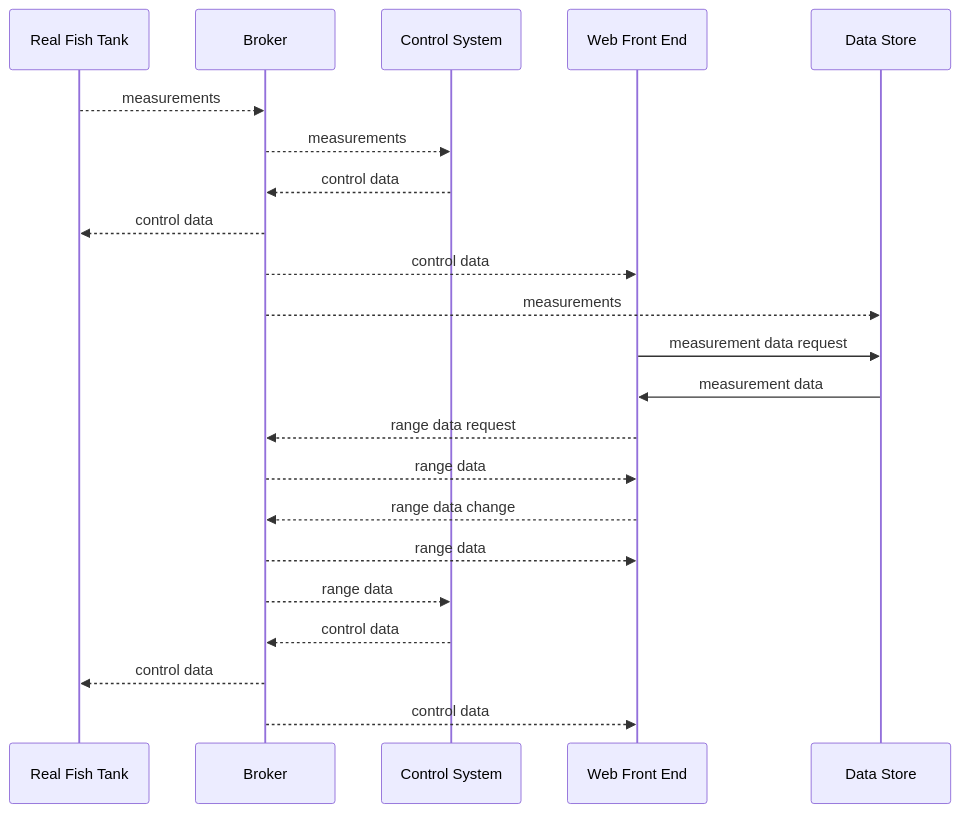
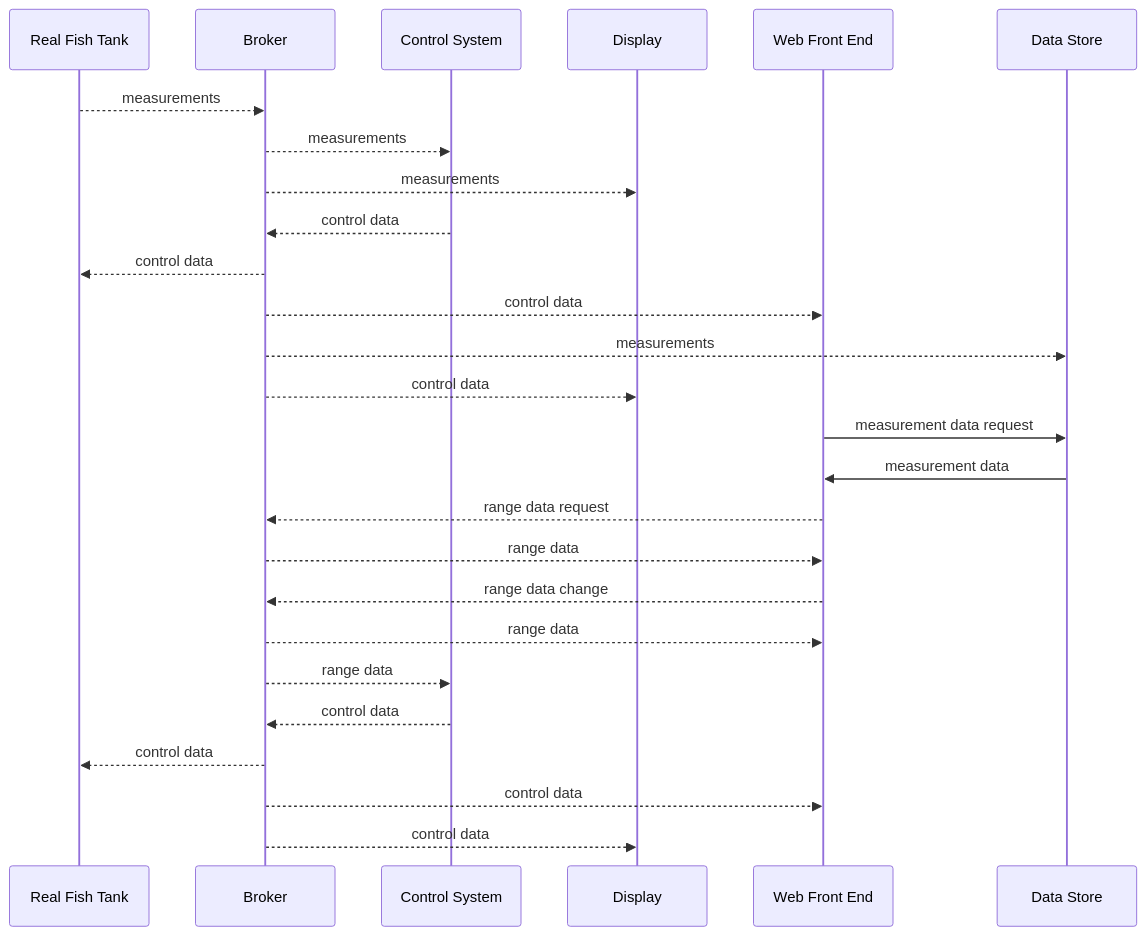
The diagram in Projects - Demo Project/Ideas around MQTT.md (mr-eggleton/obsidian-notes), drawn with Mermaid before and after one commit. The commit also changed other lines of this file and 1 other file, not shown here.

Commit message:
vault backup: 2025-07-08 11:12:45

````diff
--- a/Projects - Demo Project/Ideas around MQTT.md
+++ b/Projects - Demo Project/Ideas around MQTT.md
@@ -3,19 +3,22 @@
 ```mermaid
 sequenceDiagram
 Real Fish Tank -->> Broker: measurements
 Broker-->>Control System : measurements
+Broker-->>Display : measurements
 Control System-->>Broker : control data
 Broker-->>Real Fish Tank: control data
 Broker-->>Web Front End: control data
 Broker-->>Data Store: measurements
+Broker-->>Display: control data
 Web Front End->>Data Store: measurement data request
 Data Store->>Web Front End: measurement data
 Web Front End-->>Broker: range data request
 Broker-->>Web Front End: range data
 Web Front End-->>Broker: range data change
 Broker-->>Web Front End: range data
 Broker-->>Control System : range data
 Control System-->>Broker : control data
 Broker-->>Real Fish Tank: control data
 Broker-->>Web Front End: control data
+Broker-->>Display: control data
 ```
````
